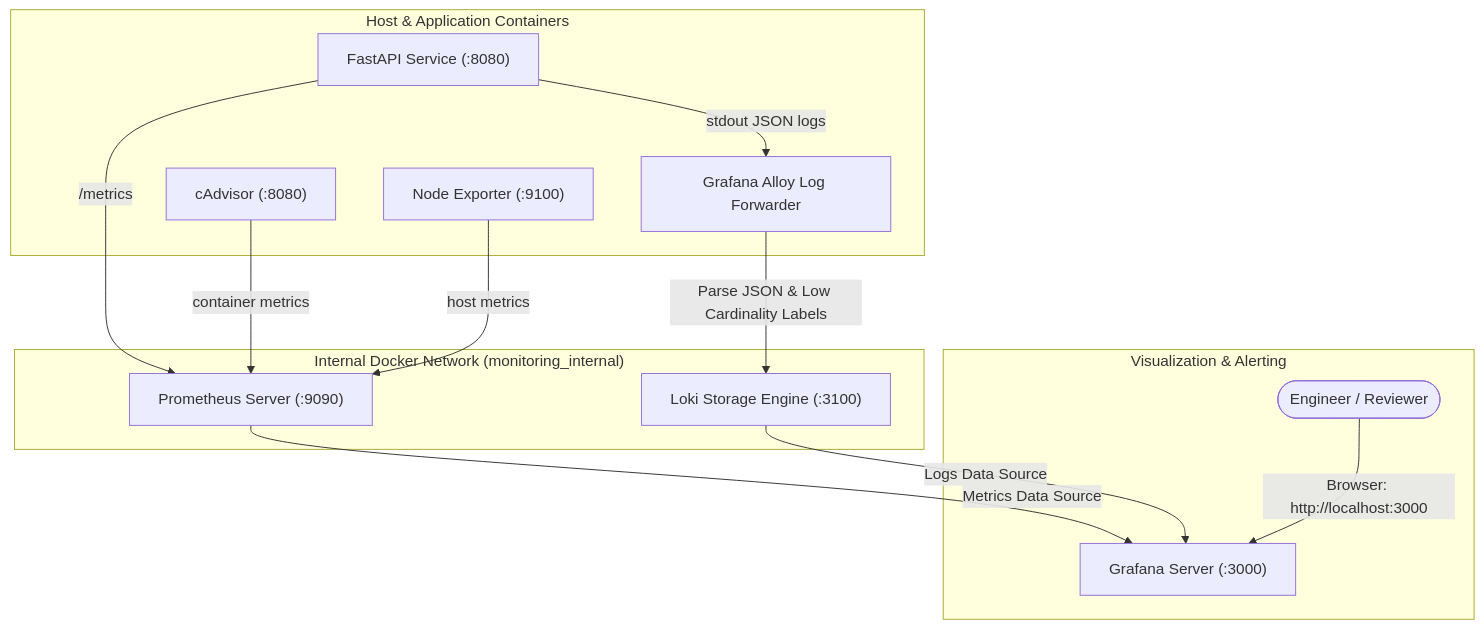
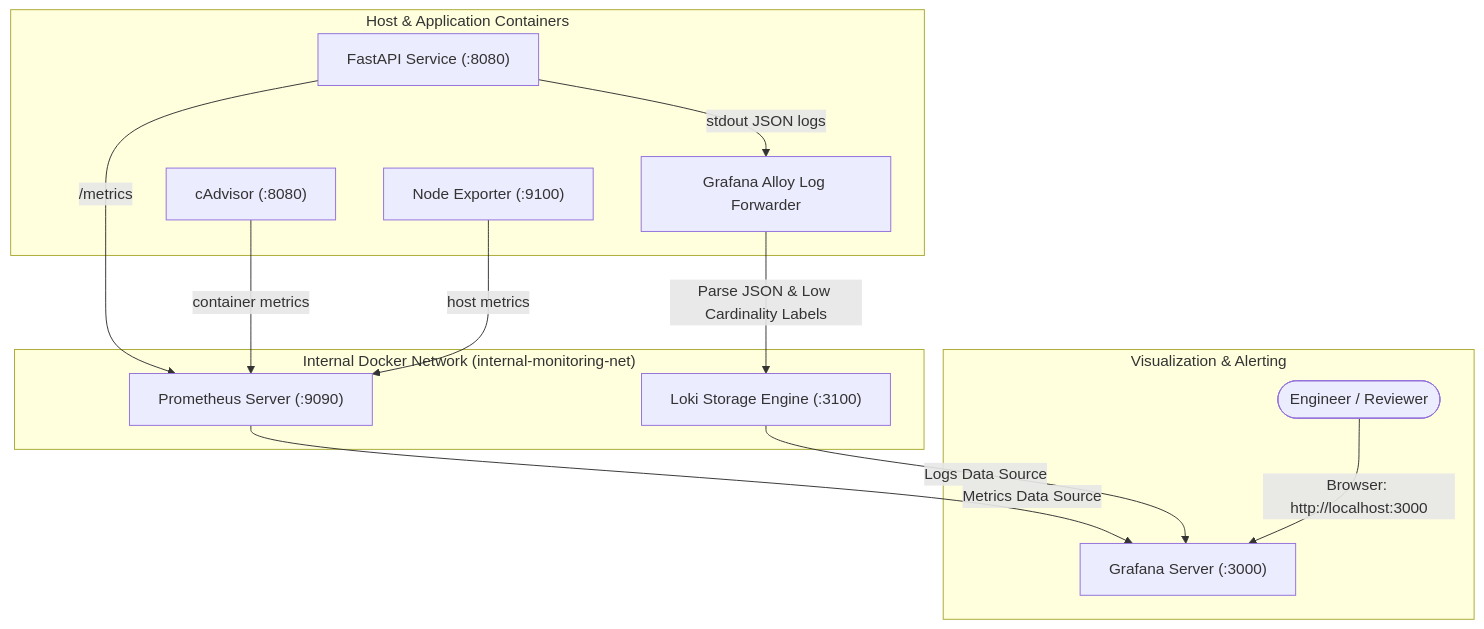
One commit to josim74/devops-assessment_care-guide changed the third of 3 diagrams in README.md. Above: the diagram before and after it, drawn with Mermaid. The commit also changed other lines of this file and 34 other files, not shown here.

````diff
--- a/README.md
+++ b/README.md
@@ -90,28 +90,28 @@
 ```mermaid
 flowchart TD
     subgraph AppHost["Host & Application Containers"]
         App["FastAPI Service (:8080)"]
         cAdv["cAdvisor (:8080)"]
         NodeExp["Node Exporter (:9100)"]
         Alloy["Grafana Alloy Log Forwarder"]
     end
 
-    subgraph InternalNet["Internal Docker Network (monitoring_internal)"]
+    subgraph InternalNet["Internal Docker Network (internal-monitoring-net)"]
         Prom["Prometheus Server (:9090)"]
         Loki["Loki Storage Engine (:3100)"]
         
         App -->|/metrics| Prom
         cAdv -->|container metrics| Prom
         NodeExp -->|host metrics| Prom
         
         App -->|stdout JSON logs| Alloy
         Alloy -->|Parse JSON & Low Cardinality Labels| Loki
     end
 
     subgraph UI["Visualization & Alerting"]
         Grafana["Grafana Server (:3000)"]
         Prom -->|Metrics Data Source| Grafana
         Loki -->|Logs Data Source| Grafana
         User([Engineer / Reviewer]) -->|Browser: http://localhost:3000| Grafana
     end
 ```
````
